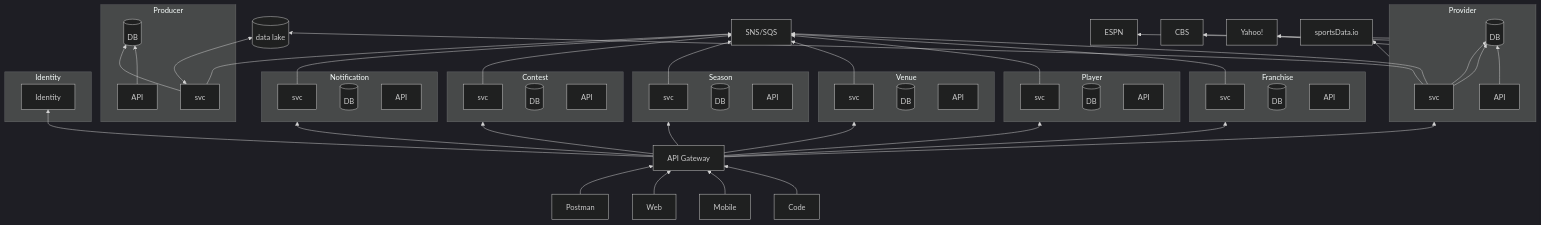
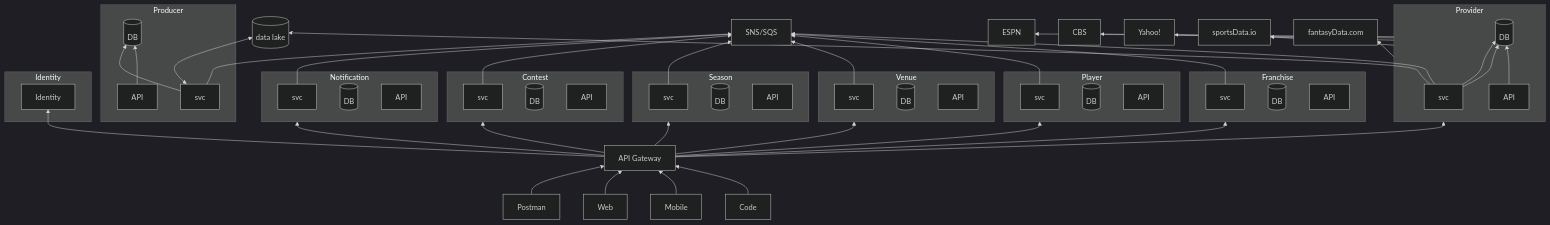
The second of 2 diagrams in README.md (jrandallsexton/sports-data-core), drawn with Mermaid (dark theme) before and after one commit. The commit also changed other lines of this file, not shown here.

Commit message:
update mermaid with addition provider source

```diff
--- a/README.md
+++ b/README.md
@@ -128,6 +129,7 @@
     Provider --> CBS[CBS]
     Provider --> YAHOO[Yahoo!]
     Provider --> SDIO[sportsData.io]
+    Provider --> FD[fantasyData.com]
     PV-->M
     PD-->M
     N-->M
```
